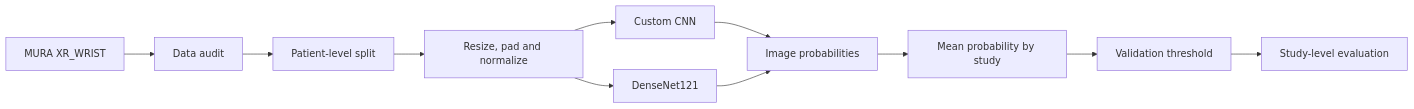
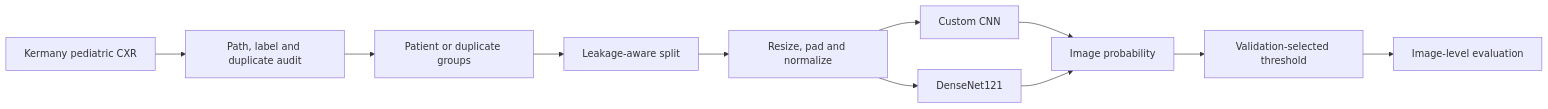
One commit to Medical-Xray-AI/wrist-abnormality changed the diagram in README.md. Above: the diagram before and after it, drawn with Mermaid. The commit also changed other lines of this file and 16 other files, not shown here.

````diff
--- a/README.md
+++ b/README.md
@@ -40,13 +40,13 @@
 ```mermaid
 flowchart LR
-    A[MURA XR_WRIST] --> B[Data audit]
-    B --> C[Patient-level split]
-    C --> D[Resize, pad and normalize]
-    D --> E1[Custom CNN]
-    D --> E2[DenseNet121]
-    E1 --> F[Image probabilities]
-    E2 --> F
-    F --> G[Mean probability by study]
-    G --> H[Validation threshold]
-    H --> I[Study-level evaluation]
+    A[Kermany pediatric CXR] --> B[Path, label and duplicate audit]
+    B --> C[Patient or duplicate groups]
+    C --> D[Leakage-aware split]
+    D --> E[Resize, pad and normalize]
+    E --> F1[Custom CNN]
+    E --> F2[DenseNet121]
+    F1 --> G[Image probability]
+    F2 --> G
+    G --> H[Validation-selected threshold]
+    H --> I[Image-level evaluation]
 ```
````
